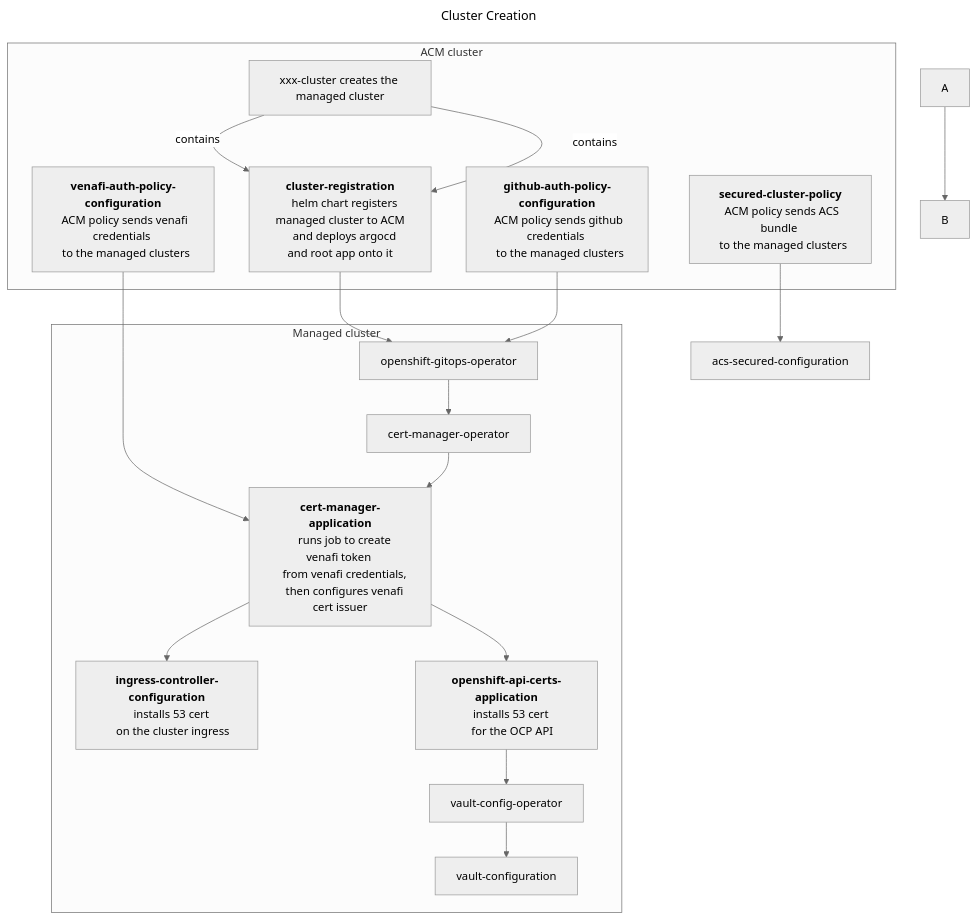
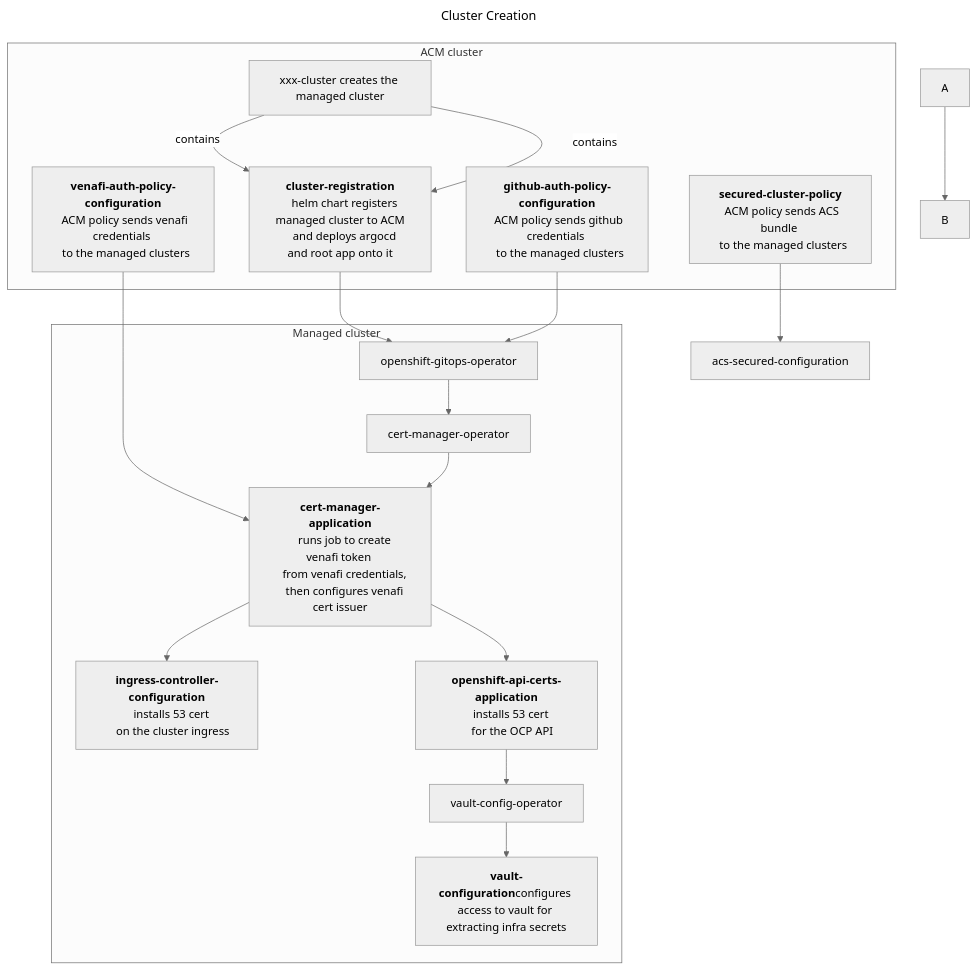
Before and after one commit to mmwillingham/acm: the diagram in test-mermaid/test-mermaid.build.md, drawn with Mermaid (neutral theme).

````diff
--- a/test-mermaid/test-mermaid.build.md
+++ b/test-mermaid/test-mermaid.build.md
@@ -2,43 +2,43 @@
 ```mermaid
 ---
 title: Cluster Creation
 ---
 flowchart TD
 A --> B
 venafi-auth-policy-configuration --> cert-manager-application
 cluster-registration --> openshift-gitops-operator
 github-auth-policy-configuration --> openshift-gitops-operator
 secured-cluster-policy --> acs-secured-configuration
 subgraph ACM cluster
 xxx-cluster["xxx-cluster creates the managed cluster"] -- contains --> cluster-registration["<b>cluster-registration</b>
   helm chart registers managed cluster to ACM
   and deploys argocd and root app onto it"]
 venafi-auth-policy-configuration["<b>venafi-auth-policy-configuration</b>
   ACM policy sends venafi credentials 
   to the managed clusters"]
 github-auth-policy-configuration["<b>github-auth-policy-configuration</b>
   ACM policy sends github credentials 
   to the managed clusters"]
 secured-cluster-policy["<b>secured-cluster-policy</b>
   ACM policy sends ACS bundle 
   to the managed clusters"]
 end
 subgraph Managed cluster
 xxx-cluster["xxx-cluster creates the managed cluster"] -- contains --> cluster-registration["<b>cluster-registration</b>
     helm chart registers managed cluster to ACM
     and deploys argocd and root app onto it"]
 openshift-gitops-operator --> cert-manager-operator
 cert-manager-operator --> cert-manager-application["<b>cert-manager-application</b>
     runs job to create venafi token 
     from venafi credentials, 
     then configures venafi cert issuer"]
 cert-manager-application --> ingress-controller-configuration["<b>ingress-controller-configuration</b>
     installs 53 cert 
     on the cluster ingress"]
 cert-manager-application --> openshift-api-certs-application["<b>openshift-api-certs-application</b>
     installs 53 cert 
     for the OCP API"]    
 openshift-api-certs-application --> vault-config-operator
-vault-config-operator --> vault-configuration
+vault-config-operator --> vault-configuration["<b>vault-configuration</b>configures access to vault for extracting infra secrets"]
 end
 ```
````
